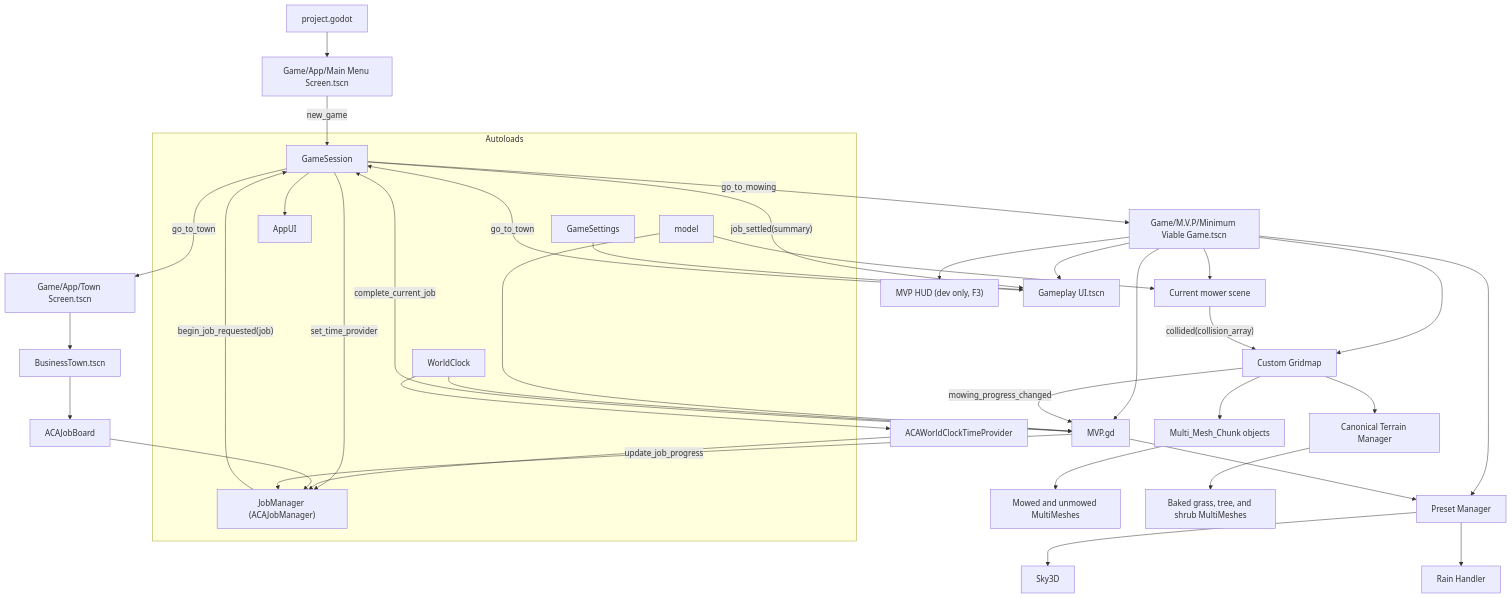
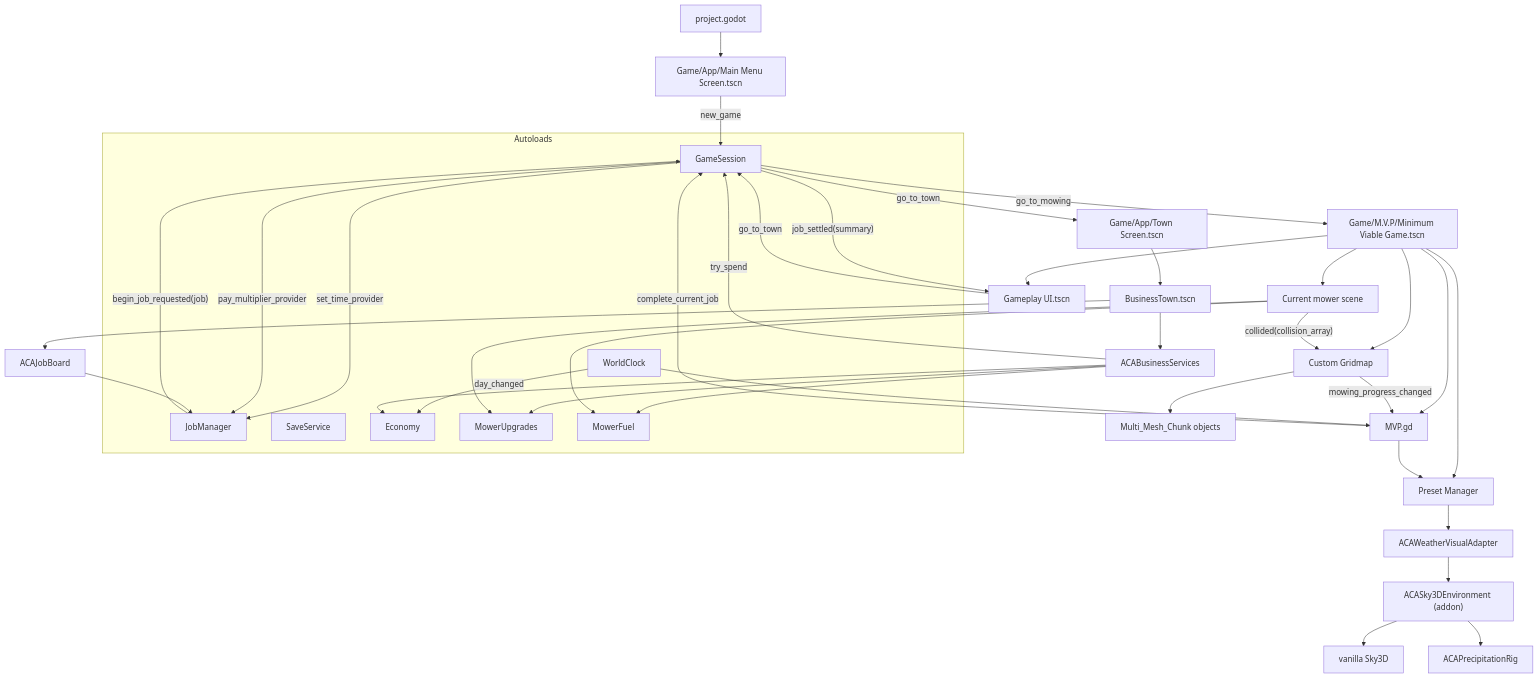
One commit to usw344/A-Cut-Above-Lawn-Mowing-Startup-public changed the diagram in project-docs/architecture.md. Above: the diagram before and after it, drawn with Mermaid. The commit also changed other lines of this file and 107 other files, not shown here.

````diff
--- a/project-docs/architecture.md
+++ b/project-docs/architecture.md
@@ -27,49 +47,52 @@
 ```mermaid
 flowchart TD
     Project["project.godot"] --> Menu["Game/App/Main Menu Screen.tscn"]
 
     subgraph Autoloads
-        Model["model"]
         Clock["WorldClock"]
-        Jobs["JobManager (ACAJobManager)"]
-        Settings["GameSettings"]
-        UI["AppUI"]
+        Jobs["JobManager"]
         Session["GameSession"]
+        Save["SaveService"]
+        Econ["Economy"]
+        Upg["MowerUpgrades"]
+        Fuel["MowerFuel"]
     end
 
     Session -->|"set_time_provider"| Jobs
-    Clock --> Provider["ACAWorldClockTimeProvider"] --> Jobs
+    Session -->|"pay_multiplier_provider"| Jobs
+    Clock -->|"day_changed"| Econ
     Jobs -->|"begin_job_requested(job)"| Session
 
     Menu -->|"new_game"| Session
     Session -->|"go_to_town"| Town["Game/App/Town Screen.tscn"]
-    Town --> BT["BusinessTown.tscn"] --> Board["ACAJobBoard"] --> Jobs
+    Town --> BT["BusinessTown.tscn"]
+    BT --> Board["ACAJobBoard"] --> Jobs
+    BT --> Services["ACABusinessServices"]
+    Services --> Econ
+    Services --> Upg
+    Services --> Fuel
+    Services -->|"try_spend"| Session
+
     Session -->|"go_to_mowing"| MVPScene["Game/M.V.P/Minimum Viable Game.tscn"]
-
     MVPScene --> MVP["MVP.gd"]
     MVPScene --> Mower["Current mower scene"]
     MVPScene --> Grid["Custom Gridmap"]
-    MVPScene --> DebugHUD["MVP HUD (dev only, F3)"]
     MVPScene --> Presets["Preset Manager"]
     MVPScene --> GPUI["Gameplay UI.tscn"]
 
-    Model --> MVP
-    Model --> Mower
     Mower -->|"collided(collision_array)"| Grid
+    Mower --> Upg
+    Mower --> Fuel
     Grid --> Chunks["Multi_Mesh_Chunk objects"]
-    Chunks --> Grass["Mowed and unmowed MultiMeshes"]
-    Grid --> Terrain["Canonical Terrain Manager"]
-    Terrain --> EnvironmentMM["Baked grass, tree, and shrub MultiMeshes"]
 
     Grid -->|"mowing_progress_changed"| MVP
-    MVP -->|"update_job_progress"| Jobs
     MVP -->|"complete_current_job"| Session
     Session -->|"job_settled(summary)"| GPUI
     GPUI -->|"go_to_town"| Session
 
     Clock --> MVP --> Presets
-    Presets --> Sky3D["Sky3D"]
-    Presets --> Rain["Rain Handler"]
-    Session --> UI
-    Settings --> GPUI
+    Presets --> EnvAdapter["ACAWeatherVisualAdapter"]
+    EnvAdapter --> Package["ACASky3DEnvironment (addon)"]
+    Package --> Sky3D["vanilla Sky3D"]
+    Package --> Rig["ACAPrecipitationRig"]
 ```
````
